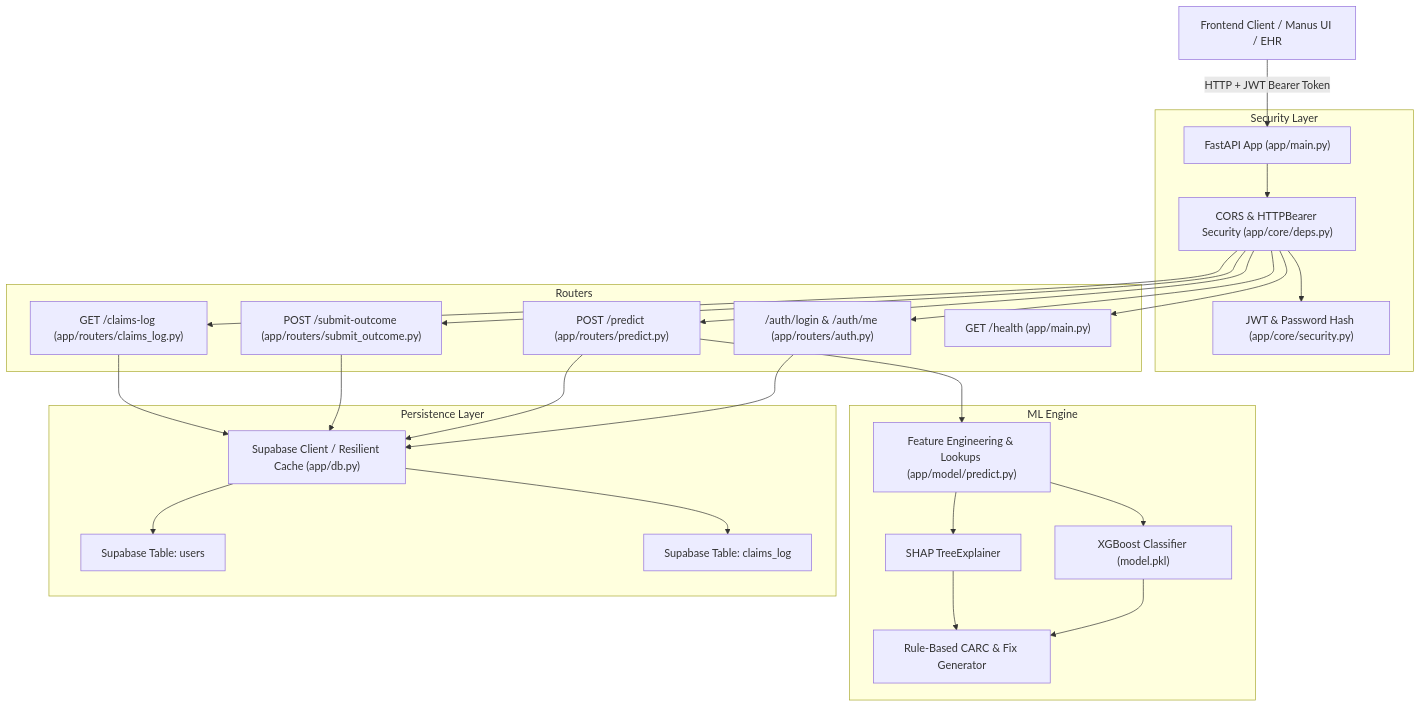
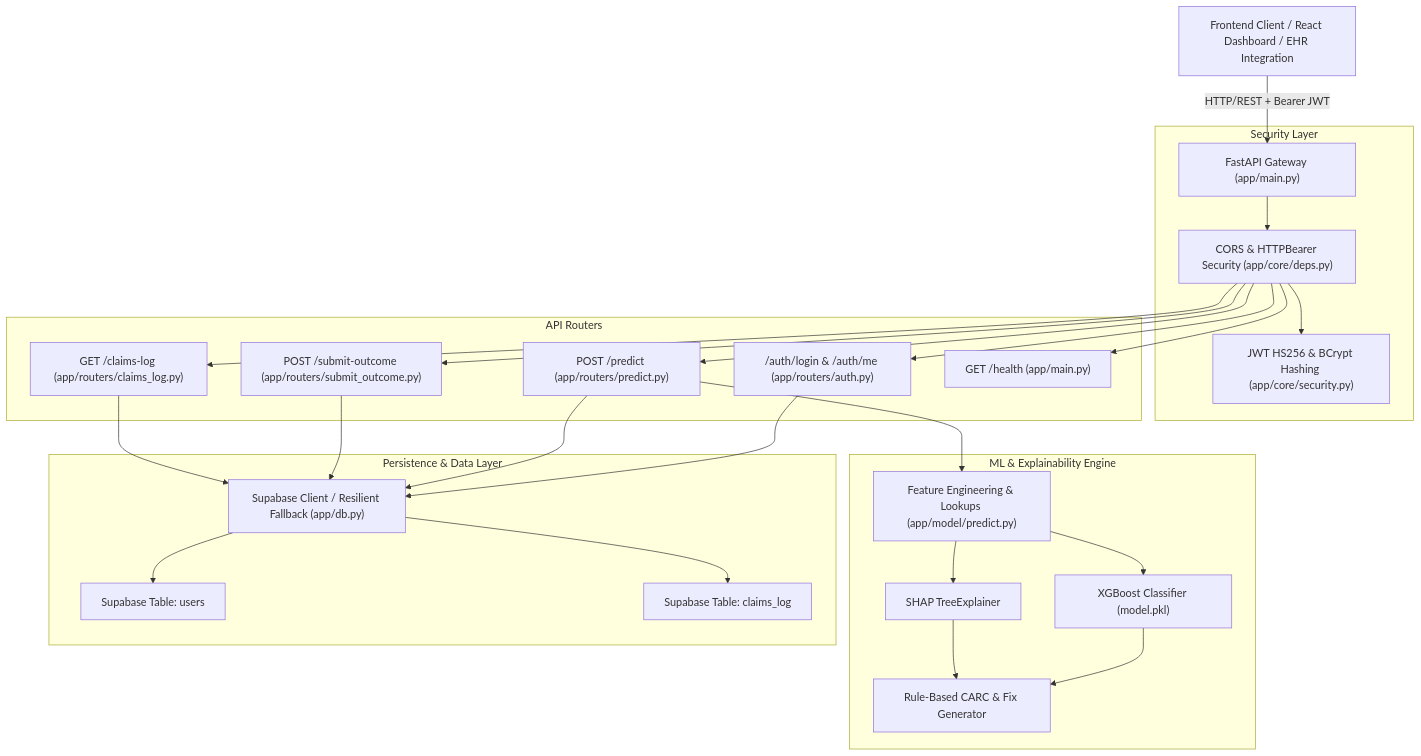
Before and after one commit to NARENDRAN-2007/CVK: the diagram in backend/BACKEND_DOCUMENTATION.md, drawn with Mermaid. The commit also changed other lines of this file and 13 other files, not shown here.

Commit message:
Refine backend schemas with Decimal precision, 404 error handling, and multi-threshold metrics

````diff
--- a/backend/BACKEND_DOCUMENTATION.md
+++ b/backend/BACKEND_DOCUMENTATION.md
@@ -9,34 +9,34 @@
 ```mermaid
 graph TD
-    Client["Frontend Client / Manus UI / EHR"] -->|HTTP + JWT Bearer Token| Main["FastAPI App (app/main.py)"]
+    Client["Frontend Client / React Dashboard / EHR Integration"] -->|HTTP/REST + Bearer JWT| Main["FastAPI Gateway (app/main.py)"]
     
     subgraph Security Layer
         Main --> AuthMiddleware["CORS & HTTPBearer Security (app/core/deps.py)"]
-        AuthMiddleware --> SecurityUtil["JWT & Password Hash (app/core/security.py)"]
+        AuthMiddleware --> SecurityUtil["JWT HS256 & BCrypt Hashing (app/core/security.py)"]
     end
 
-    subgraph Routers
+    subgraph API Routers
         AuthMiddleware --> AuthRouter["/auth/login & /auth/me (app/routers/auth.py)"]
         AuthMiddleware --> PredictRouter["POST /predict (app/routers/predict.py)"]
         AuthMiddleware --> OutcomeRouter["POST /submit-outcome (app/routers/submit_outcome.py)"]
         AuthMiddleware --> LogRouter["GET /claims-log (app/routers/claims_log.py)"]
         AuthMiddleware --> HealthRouter["GET /health (app/main.py)"]
     end
 
-    subgraph ML Engine
+    subgraph ML & Explainability Engine
         PredictRouter --> FeaturePipeline["Feature Engineering & Lookups (app/model/predict.py)"]
         FeaturePipeline --> XGBoost["XGBoost Classifier (model.pkl)"]
         FeaturePipeline --> SHAP["SHAP TreeExplainer"]
         XGBoost --> DecisionLogic["Rule-Based CARC & Fix Generator"]
         SHAP --> DecisionLogic
     end
 
-    subgraph Persistence Layer
-        AuthRouter --> DB["Supabase Client / Resilient Cache (app/db.py)"]
+    subgraph Persistence & Data Layer
+        AuthRouter --> DB["Supabase Client / Resilient Fallback (app/db.py)"]
         PredictRouter --> DB
         OutcomeRouter --> DB
         LogRouter --> DB
         DB --> UsersTable["Supabase Table: users"]
         DB --> ClaimsTable["Supabase Table: claims_log"]
     end
 ```
````
